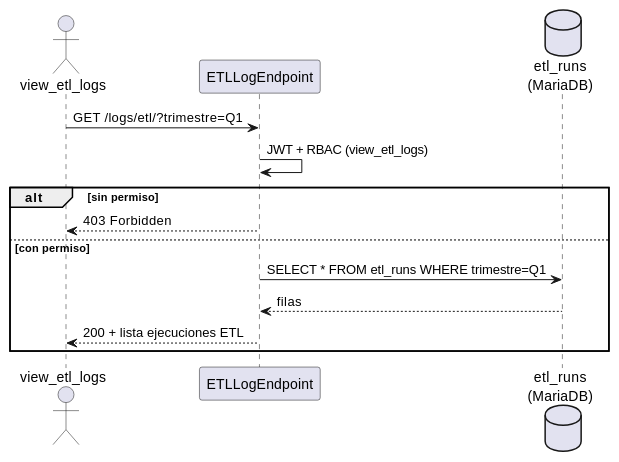
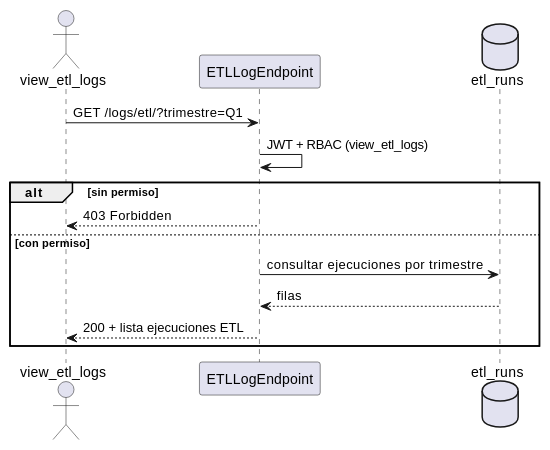
The fourth of 4 diagrams in source/requisitos/casos-uso/logs/uc-log-02/diagramas-uml.rst (jcg-admin/IACT-docs), drawn with PlantUML before and after one commit. The commit also changed other lines of this file and 21 other files, not shown here.

```diff
--- a/source/requisitos/casos-uso/logs/uc-log-02/diagramas-uml.rst
+++ b/source/requisitos/casos-uso/logs/uc-log-02/diagramas-uml.rst
@@ -63,17 +63,17 @@
 .. uml::
 
  @startuml
  actor "view_etl_logs" as view_etl_logs
  participant "ETLLogEndpoint" as Etllogendpoint
- database "etl_runs\n(MariaDB)" as etl_runs
+ database "etl_runs" as etl_runs
 
  view_etl_logs -> Etllogendpoint : GET /logs/etl/?trimestre=Q1
  Etllogendpoint -> Etllogendpoint : JWT + RBAC (view_etl_logs)
  alt sin permiso
    Etllogendpoint --> view_etl_logs : 403 Forbidden
  else con permiso
-   Etllogendpoint -> etl_runs : SELECT * FROM etl_runs WHERE trimestre=Q1
+   Etllogendpoint -> etl_runs : consultar ejecuciones por trimestre
    etl_runs --> Etllogendpoint : filas
    Etllogendpoint --> view_etl_logs : 200 + lista ejecuciones ETL
  end
  @enduml
```
